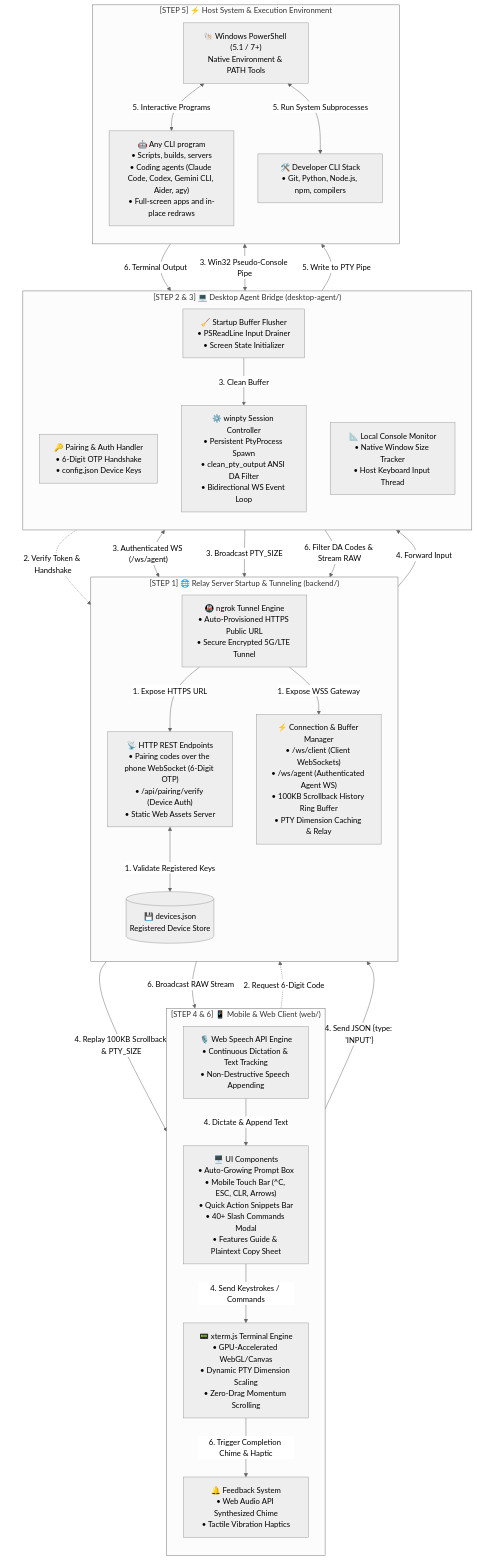
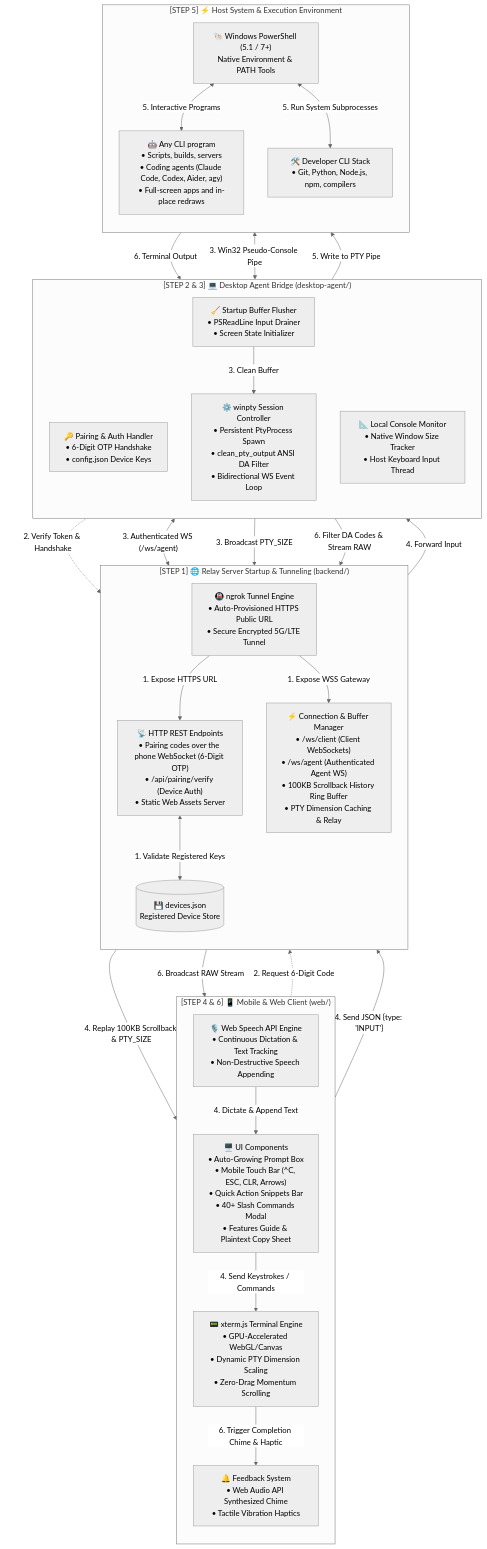
The diagram in README.md (Astroash2001/termpilot), drawn with Mermaid (neutral theme) before and after one commit. The commit also changed other lines of this file and 6 other files, not shown here.

Commit message:
Drop Gemini CLI, show each phone message on its own and a Working row while the agent thinks

````diff
--- a/README.md
+++ b/README.md
@@ -41,66 +41,66 @@
 ```mermaid
 graph TB
     subgraph S1["[STEP 1] 🌐 Relay Server Startup & Tunneling (backend/)"]
         direction TB
         HTTPRoutes["📡 HTTP REST Endpoints<br/>• Pairing codes over the phone WebSocket (6-Digit OTP)<br/>• /api/pairing/verify (Device Auth)<br/>• Static Web Assets Server"]
         Tunnel["🚇 ngrok Tunnel Engine<br/>• Auto-Provisioned HTTPS Public URL<br/>• Secure Encrypted 5G/LTE Tunnel"]
         WSManager["⚡ Connection & Buffer Manager<br/>• /ws/client (Client WebSockets)<br/>• /ws/agent (Authenticated Agent WS)<br/>• 100KB Scrollback History Ring Buffer<br/>• PTY Dimension Caching & Relay"]
         DeviceStore[("💾 devices.json<br/>Registered Device Store")]
     end
 
     subgraph S2["[STEP 2 & 3] 💻 Desktop Agent Bridge (desktop-agent/)"]
         direction TB
         AuthModule["🔑 Pairing & Auth Handler<br/>• 6-Digit OTP Handshake<br/>• config.json Device Keys"]
         PTYEngine["⚙️ winpty Session Controller<br/>• Persistent PtyProcess Spawn<br/>• clean_pty_output ANSI DA Filter<br/>• Bidirectional WS Event Loop"]
         ConsoleSync["📐 Local Console Monitor<br/>• Native Window Size Tracker<br/>• Host Keyboard Input Thread"]
         Flusher["🧹 Startup Buffer Flusher<br/>• PSReadLine Input Drainer<br/>• Screen State Initializer"]
     end
 
     subgraph S3["[STEP 4 & 6] 📱 Mobile & Web Client (web/)"]
         direction TB
         UI["🖥️ UI Components<br/>• Auto-Growing Prompt Box<br/>• Mobile Touch Bar (^C, ESC, CLR, Arrows)<br/>• Quick Action Snippets Bar<br/>• 40+ Slash Commands Modal<br/>• Features Guide & Plaintext Copy Sheet"]
         VoiceEngine["🎙️ Web Speech API Engine<br/>• Continuous Dictation & Text Tracking<br/>• Non-Destructive Speech Appending"]
         Terminal["📟 xterm.js Terminal Engine<br/>• GPU-Accelerated WebGL/Canvas<br/>• Dynamic PTY Dimension Scaling<br/>• Zero-Drag Momentum Scrolling"]
         Feedback["🔔 Feedback System<br/>• Web Audio API Synthesized Chime<br/>• Tactile Vibration Haptics"]
     end
 
     subgraph S4["[STEP 5] ⚡ Host System & Execution Environment"]
         direction TB
         Shell["🐚 Windows PowerShell (5.1 / 7+)<br/>Native Environment & PATH Tools"]
-        AgyCLI["🤖 Any CLI program<br/>• Scripts, builds, servers<br/>• Coding agents (Claude Code, Codex, Gemini CLI, Aider, agy)<br/>• Full-screen apps and in-place redraws"]
+        AgyCLI["🤖 Any CLI program<br/>• Scripts, builds, servers<br/>• Coding agents (Claude Code, Codex, Aider, agy)<br/>• Full-screen apps and in-place redraws"]
         DevTools["🛠️ Developer CLI Stack<br/>• Git, Python, Node.js, npm, compilers"]
     end
 
     %% Step 1: Startup
     HTTPRoutes <-->|1. Validate Registered Keys| DeviceStore
     Tunnel -->|1. Expose HTTPS URL| HTTPRoutes
     Tunnel -->|1. Expose WSS Gateway| WSManager
 
     %% Step 2: Pairing & Handshake
     UI -.->|"2. Request 6-Digit Code"| HTTPRoutes
     AuthModule -.->|"2. Verify Token & Handshake"| HTTPRoutes
 
     %% Step 3: Agent Connect & PTY Spawn
     PTYEngine <-->|"3. Authenticated WS (/ws/agent)"| WSManager
     ConsoleSync -->|"3. Broadcast PTY_SIZE"| WSManager
     Flusher -->|"3. Clean Buffer"| PTYEngine
     PTYEngine <-->|"3. Win32 Pseudo-Console Pipe"| Shell
 
     %% Step 4: Client Connect & User Input
     WSManager -->|"4. Replay 100KB Scrollback & PTY_SIZE"| Terminal
     VoiceEngine -->|"4. Dictate & Append Text"| UI
     UI -->|"4. Send Keystrokes / Commands"| Terminal
     Terminal -->|"4. Send JSON {type: 'INPUT'}"| WSManager
     WSManager -->|"4. Forward Input"| PTYEngine
 
     %% Step 5: Execution
     PTYEngine -->|"5. Write to PTY Pipe"| Shell
     Shell <-->|"5. Interactive Programs"| AgyCLI
     Shell <-->|"5. Run System Subprocesses"| DevTools
 
     %% Step 6: Output & Feedback
     Shell -->|"6. Terminal Output"| PTYEngine
     PTYEngine -->|"6. Filter DA Codes & Stream RAW"| WSManager
     WSManager -->|"6. Broadcast RAW Stream"| Terminal
     Terminal -->|"6. Trigger Completion Chime & Haptic"| Feedback
 ```
````
